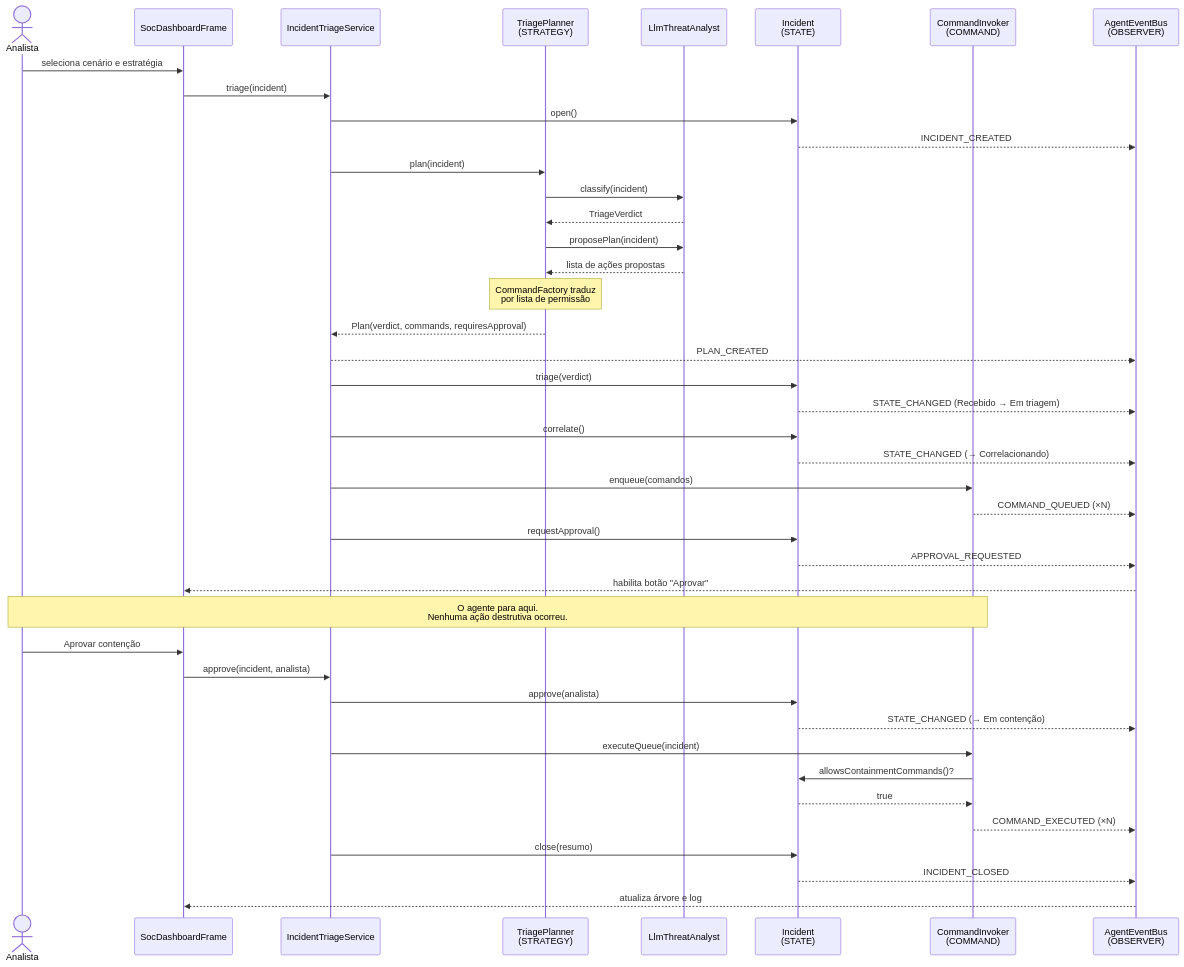
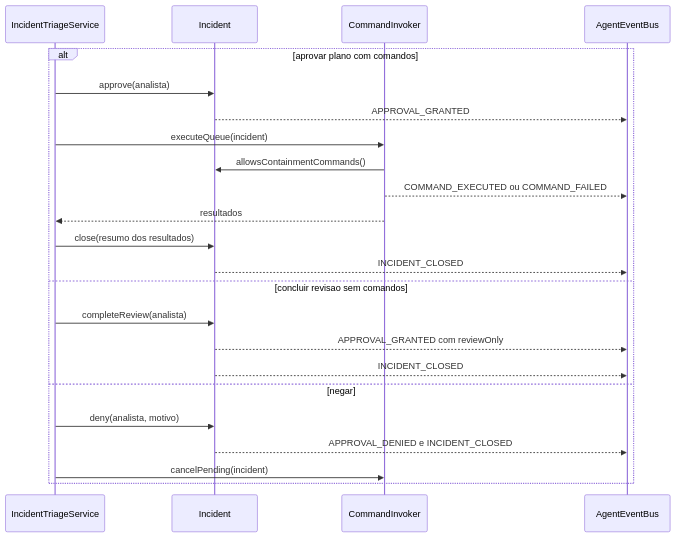
The sixth of 6 diagrams in docs/arquitetura.md (Galaticos-API/ES-III), drawn with Mermaid before and after one commit. The commit also changed other lines of this file and 28 other files, not shown here.

````diff
--- a/docs/arquitetura.md
+++ b/docs/arquitetura.md
@@ -460,53 +168,25 @@
 ```mermaid
 sequenceDiagram
-    actor Analista
-    participant GUI as SocDashboardFrame
     participant Svc as IncidentTriageService
-    participant Plan as TriagePlanner<br/>(STRATEGY)
-    participant Llm as LlmThreatAnalyst
-    participant Inc as Incident<br/>(STATE)
-    participant Inv as CommandInvoker<br/>(COMMAND)
-    participant Bus as AgentEventBus<br/>(OBSERVER)
-
-    Analista->>GUI: seleciona cenário e estratégia
-    GUI->>Svc: triage(incident)
-    Svc->>Inc: open()
-    Inc-->>Bus: INCIDENT_CREATED
-
-    Svc->>Plan: plan(incident)
-    Plan->>Llm: classify(incident)
-    Llm-->>Plan: TriageVerdict
-    Plan->>Llm: proposePlan(incident)
-    Llm-->>Plan: lista de ações propostas
-    Note over Plan: CommandFactory traduz<br/>por lista de permissão
-    Plan-->>Svc: Plan(verdict, commands, requiresApproval)
-    Svc-->>Bus: PLAN_CREATED
-
-    Svc->>Inc: triage(verdict)
-    Inc-->>Bus: STATE_CHANGED (Recebido → Em triagem)
-    Svc->>Inc: correlate()
-    Inc-->>Bus: STATE_CHANGED (→ Correlacionando)
-
-    Svc->>Inv: enqueue(comandos)
-    Inv-->>Bus: COMMAND_QUEUED (×N)
-
-    Svc->>Inc: requestApproval()
-    Inc-->>Bus: APPROVAL_REQUESTED
-    Bus-->>GUI: habilita botão "Aprovar"
-
-    Note over Analista,Inv: O agente para aqui.<br/>Nenhuma ação destrutiva ocorreu.
-
-    Analista->>GUI: Aprovar contenção
-    GUI->>Svc: approve(incident, analista)
-    Svc->>Inc: approve(analista)
-    Inc-->>Bus: STATE_CHANGED (→ Em contenção)
-
-    Svc->>Inv: executeQueue(incident)
-    Inv->>Inc: allowsContainmentCommands()?
-    Inc-->>Inv: true
-    Inv-->>Bus: COMMAND_EXECUTED (×N)
-
-    Svc->>Inc: close(resumo)
-    Inc-->>Bus: INCIDENT_CLOSED
-    Bus-->>GUI: atualiza árvore e log
+    participant Inc as Incident
+    participant Inv as CommandInvoker
+    participant Bus as AgentEventBus
+    alt aprovar plano com comandos
+        Svc->>Inc: approve(analista)
+        Inc-->>Bus: APPROVAL_GRANTED
+        Svc->>Inv: executeQueue(incident)
+        Inv->>Inc: allowsContainmentCommands()
+        Inv-->>Bus: COMMAND_EXECUTED ou COMMAND_FAILED
+        Inv-->>Svc: resultados
+        Svc->>Inc: close(resumo dos resultados)
+        Inc-->>Bus: INCIDENT_CLOSED
+    else concluir revisao sem comandos
+        Svc->>Inc: completeReview(analista)
+        Inc-->>Bus: APPROVAL_GRANTED com reviewOnly
+        Inc-->>Bus: INCIDENT_CLOSED
+    else negar
+        Svc->>Inc: deny(analista, motivo)
+        Inc-->>Bus: APPROVAL_DENIED e INCIDENT_CLOSED
+        Svc->>Inv: cancelPending(incident)
+    end
 ```
````
